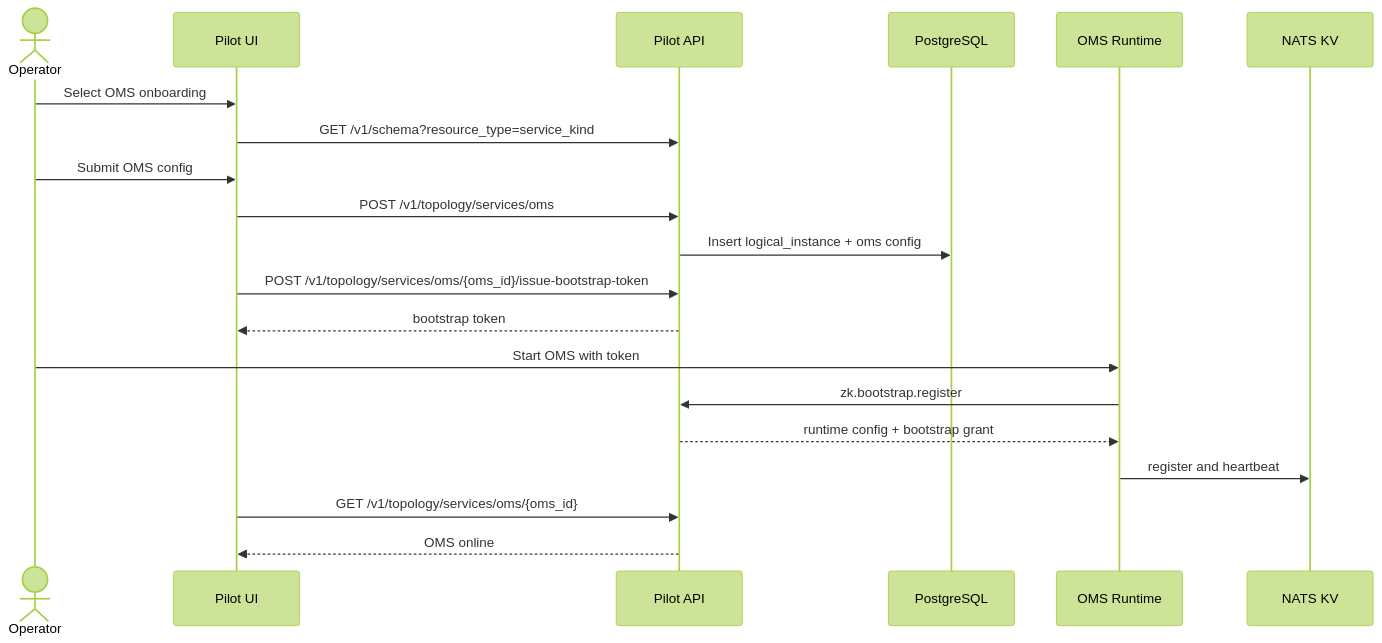
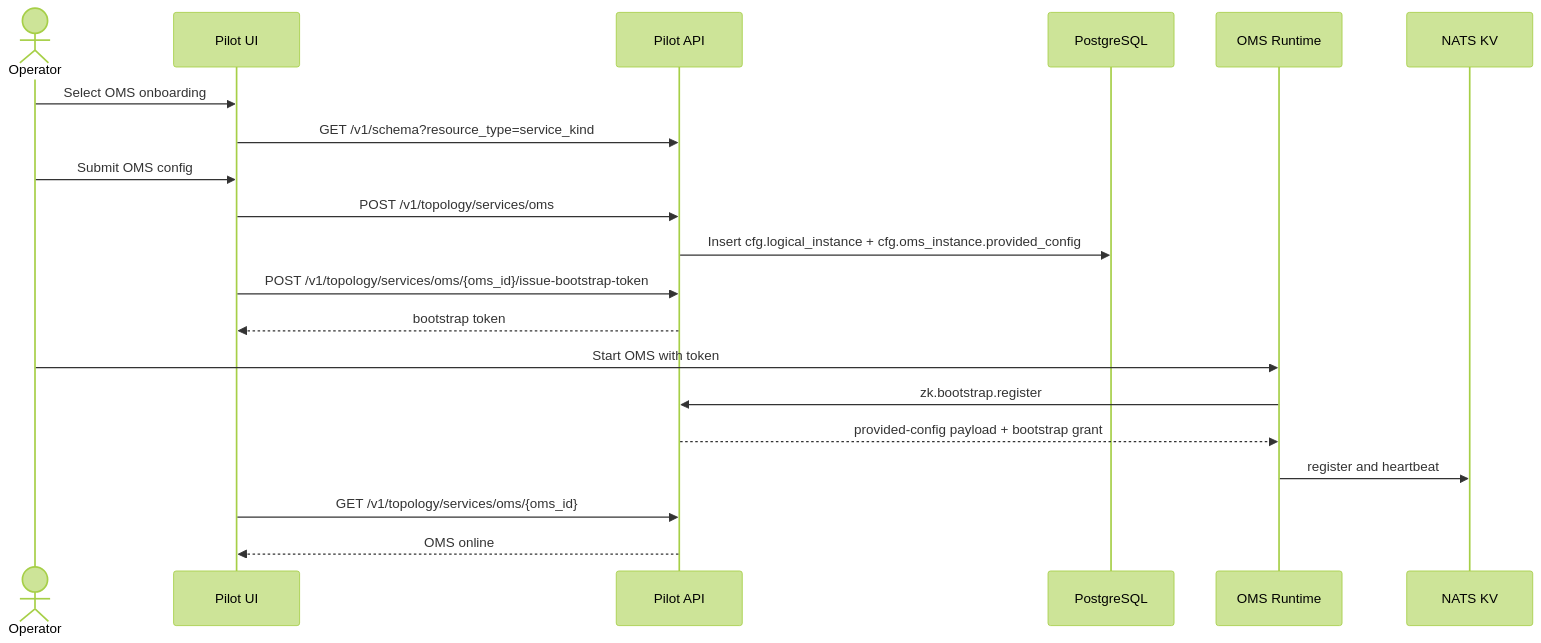
Before and after one commit to soyvv/zkbot: the second of 4 diagrams in docs/system-arch/pilot_ui_interaction.md, drawn with Mermaid (forest theme). The commit also changed other lines of this file and 95 other files, not shown here.

````diff
--- a/docs/system-arch/pilot_ui_interaction.md
+++ b/docs/system-arch/pilot_ui_interaction.md
@@ -285,23 +285,23 @@
 ```mermaid
 sequenceDiagram
     actor U as Operator
     participant UI as Pilot UI
     participant P as Pilot API
     participant DB as PostgreSQL
     participant O as OMS Runtime
     participant KV as NATS KV
 
     U->>UI: Select OMS onboarding
     UI->>P: GET /v1/schema?resource_type=service_kind
     U->>UI: Submit OMS config
     UI->>P: POST /v1/topology/services/oms
-    P->>DB: Insert logical_instance + oms config
+    P->>DB: Insert cfg.logical_instance + cfg.oms_instance.provided_config
     UI->>P: POST /v1/topology/services/oms/{oms_id}/issue-bootstrap-token
     P-->>UI: bootstrap token
     U->>O: Start OMS with token
     O->>P: zk.bootstrap.register
-    P-->>O: runtime config + bootstrap grant
+    P-->>O: provided-config payload + bootstrap grant
     O->>KV: register and heartbeat
     UI->>P: GET /v1/topology/services/oms/{oms_id}
     P-->>UI: OMS online
 ```
````
